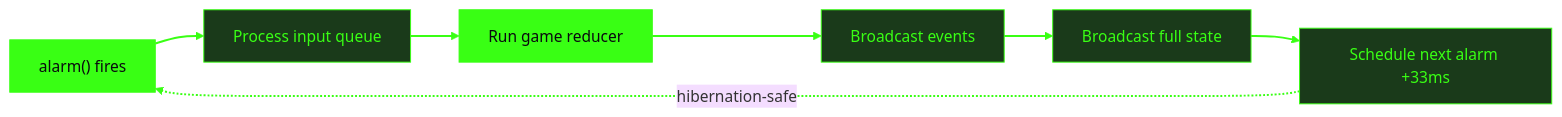
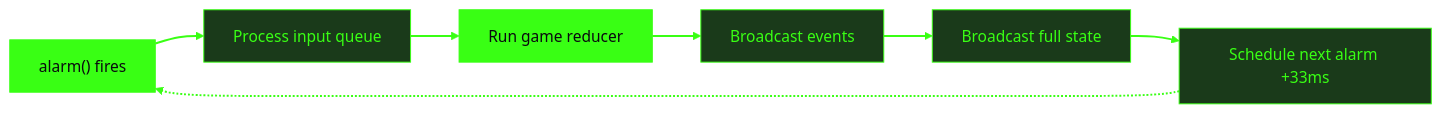
One commit to adewale/slide-maker changed the diagram in decks/vaders/slides.md. Above: the diagram before and after it, drawn with Mermaid (base theme). The commit also changed 2 other files, not shown here.

Commit message:
Codify Mermaid reliability findings in rules and linter
Findings from screenshot testing all 10 decks:
- Beautiful Mermaid color-mix() auto-theming produces black boxes
  on BOTH light and dark backgrounds — inline styles always required
- Edge labels (-->|text|) render as unthemeable black boxes on ALL
  backgrounds — never use them
- sequenceDiagram/stateDiagram only work on light apple-basic theme

COMPILER_RULES.md updates:
- Theme control: mark auto-theming as unreliable, inline styles required
- Node completeness: edge labels banned on all backgrounds (not just dark)
- Reliability matrix: flowcharts need inline styles on all backgrounds
- CRAP contrast section: remove stale CSS override guidance
- Fix stale "reliable fix" paragraph that recommended edge labels

deck-lint.mjs new checks:
- Flag edge labels (-->|text|) in any flowchart as warning
- Flag sequenceDiagram/stateDiagram on dark-bg decks as warning

Fix: remove edge label from vaders alarm-loop diagram

````diff
--- a/decks/vaders/slides.md
+++ b/decks/vaders/slides.md
@@ -135,14 +135,14 @@
 ```mermaid {theme: 'dark', scale: 0.8}
 graph LR
   A["alarm() fires"] --> B["Process input queue"]
   B --> C["Run game reducer"]
   C --> D["Broadcast events"]
   D --> E["Broadcast full state"]
   E --> F["Schedule next alarm +33ms"]
-  F -.->|"hibernation-safe"| A
+  F -.-> A
   classDef green fill:#39ff14,stroke:#39ff14,color:#0a0a0f
   classDef dim fill:#1a3a1a,stroke:#39ff14,color:#39ff14
   class A,C green
   class B,D,E,F dim
   linkStyle default stroke:#39ff14,stroke-width:2px
 ```
````
